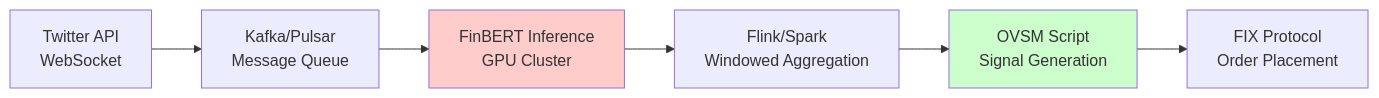
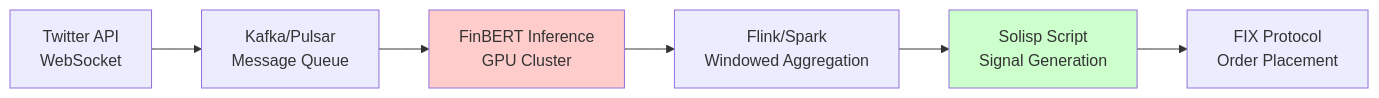
Before and after one commit to openSVM/solisp-book: the tenth of 10 diagrams in src/13_ai_sentiment_trading.md, drawn with Mermaid. The commit also changed other lines of this file and 21 other files, not shown here.

First line of the commit message:
Rename OVSM -> SOLISP throughout book

````diff
--- a/src/13_ai_sentiment_trading.md
+++ b/src/13_ai_sentiment_trading.md
@@ -1034,11 +1034,11 @@
 ```mermaid
 graph LR
     A[Twitter API<br/>WebSocket] --> B[Kafka/Pulsar<br/>Message Queue]
     B --> C[FinBERT Inference<br/>GPU Cluster]
     C --> D[Flink/Spark<br/>Windowed Aggregation]
-    D --> E[OVSM Script<br/>Signal Generation]
+    D --> E[Solisp Script<br/>Signal Generation]
     E --> F[FIX Protocol<br/>Order Placement]
 
     style C fill:#ffcccc
     style E fill:#ccffcc
 ```
````
